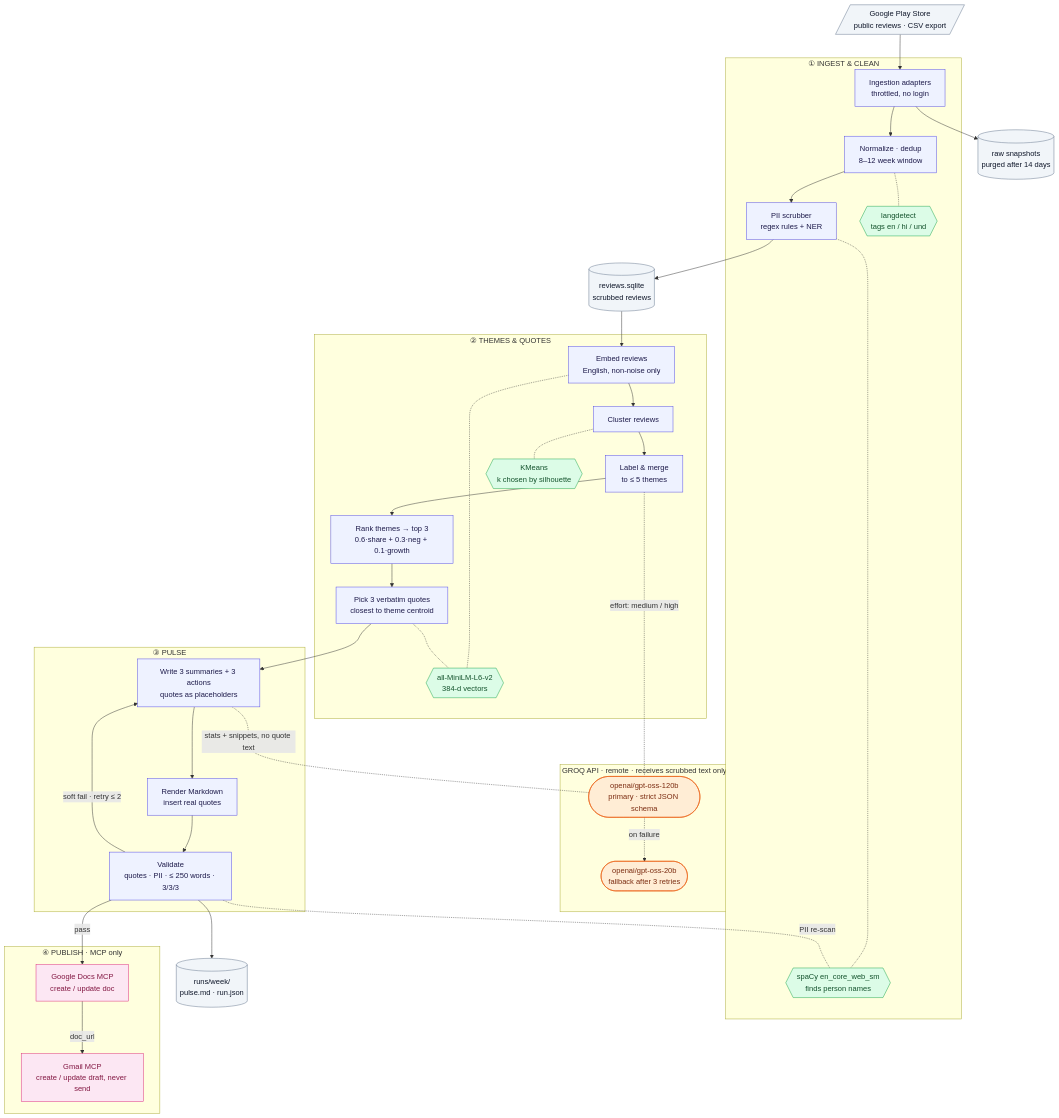
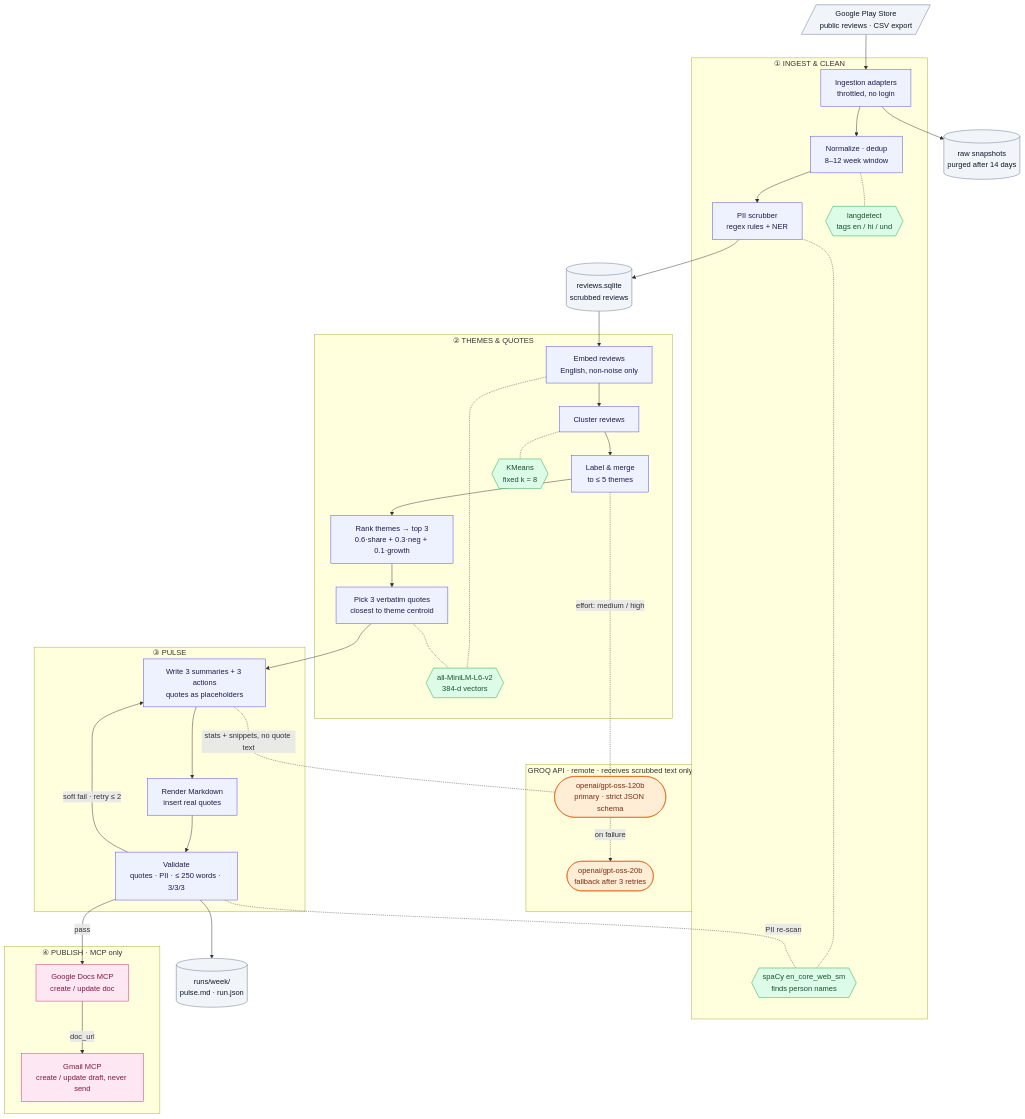
The first of 7 diagrams in doc/architecture.md (sivarajthava/agent-groww-service), drawn with Mermaid before and after one commit. The commit also changed other lines of this file and 13 other files, not shown here.

````diff
--- a/doc/architecture.md
+++ b/doc/architecture.md
@@ -26,72 +26,72 @@
 ```mermaid
 flowchart TB
     PS[/"Google Play Store<br/>public reviews · CSV export"/]
 
     subgraph P1["① INGEST & CLEAN"]
         ING["Ingestion adapters<br/>throttled, no login"]
         NORM["Normalize · dedup<br/>8–12 week window"]
         PII["PII scrubber<br/>regex rules + NER"]
         LD{{"langdetect<br/>tags en / hi / und"}}
         NER{{"spaCy en_core_web_sm<br/>finds person names"}}
     end
 
     subgraph P2["② THEMES & QUOTES"]
         EMBS["Embed reviews<br/>English, non-noise only"]
         CLU["Cluster reviews"]
         LAB["Label & merge<br/>to ≤ 5 themes"]
         RANK["Rank themes → top 3<br/>0.6·share + 0.3·neg + 0.1·growth"]
         QS["Pick 3 verbatim quotes<br/>closest to theme centroid"]
         EMB{{"all-MiniLM-L6-v2<br/>384-d vectors"}}
-        KM{{"KMeans<br/>k chosen by silhouette"}}
+        KM{{"KMeans<br/>fixed k = 8"}}
     end
 
     subgraph GROQ["GROQ API · remote · receives scrubbed text only"]
         G1(["openai/gpt-oss-120b<br/>primary · strict JSON schema"])
         G2(["openai/gpt-oss-20b<br/>fallback after 3 retries"])
     end
 
     subgraph P3["③ PULSE"]
         GEN["Write 3 summaries + 3 actions<br/>quotes as placeholders"]
         REN["Render Markdown<br/>insert real quotes"]
         VAL["Validate<br/>quotes · PII · ≤ 250 words · 3/3/3"]
     end
 
     subgraph P4["④ PUBLISH · MCP only"]
         DOCS["Google Docs MCP<br/>create / update doc"]
         GMAIL["Gmail MCP<br/>create / update draft, never send"]
     end
 
     RAW[("raw snapshots<br/>purged after 14 days")]
     DB[("reviews.sqlite<br/>scrubbed reviews")]
     OUT[("runs/week/<br/>pulse.md · run.json")]
 
     %% main data flow (solid)
     PS --> ING --> NORM --> PII --> DB
     ING --> RAW
     DB --> EMBS --> CLU --> LAB --> RANK --> QS --> GEN --> REN --> VAL
     VAL -->|pass| DOCS -->|doc_url| GMAIL
     VAL -->|"soft fail · retry ≤ 2"| GEN
     VAL --> OUT
 
     %% model calls (dotted)
     NORM -.- LD
     PII -.- NER
     VAL -.-|PII re-scan| NER
     EMBS -.- EMB
     QS -.- EMB
     CLU -.- KM
     LAB -.-|"effort: medium / high"| G1
     GEN -.-|"stats + snippets, no quote text"| G1
     G1 -.->|on failure| G2
 
     classDef stage fill:#eef2ff,stroke:#4f46e5,color:#1e1b4b
     classDef local fill:#dcfce7,stroke:#16a34a,color:#14532d
     classDef remote fill:#ffedd5,stroke:#ea580c,color:#7c2d12
     classDef store fill:#f1f5f9,stroke:#64748b,color:#0f172a
     classDef mcp fill:#fce7f3,stroke:#db2777,color:#831843
     class ING,NORM,PII,EMBS,CLU,LAB,RANK,QS,GEN,REN,VAL stage
     class LD,NER,EMB,KM local
     class G1,G2 remote
     class PS,RAW,DB,OUT store
     class DOCS,GMAIL mcp
 ```
````
